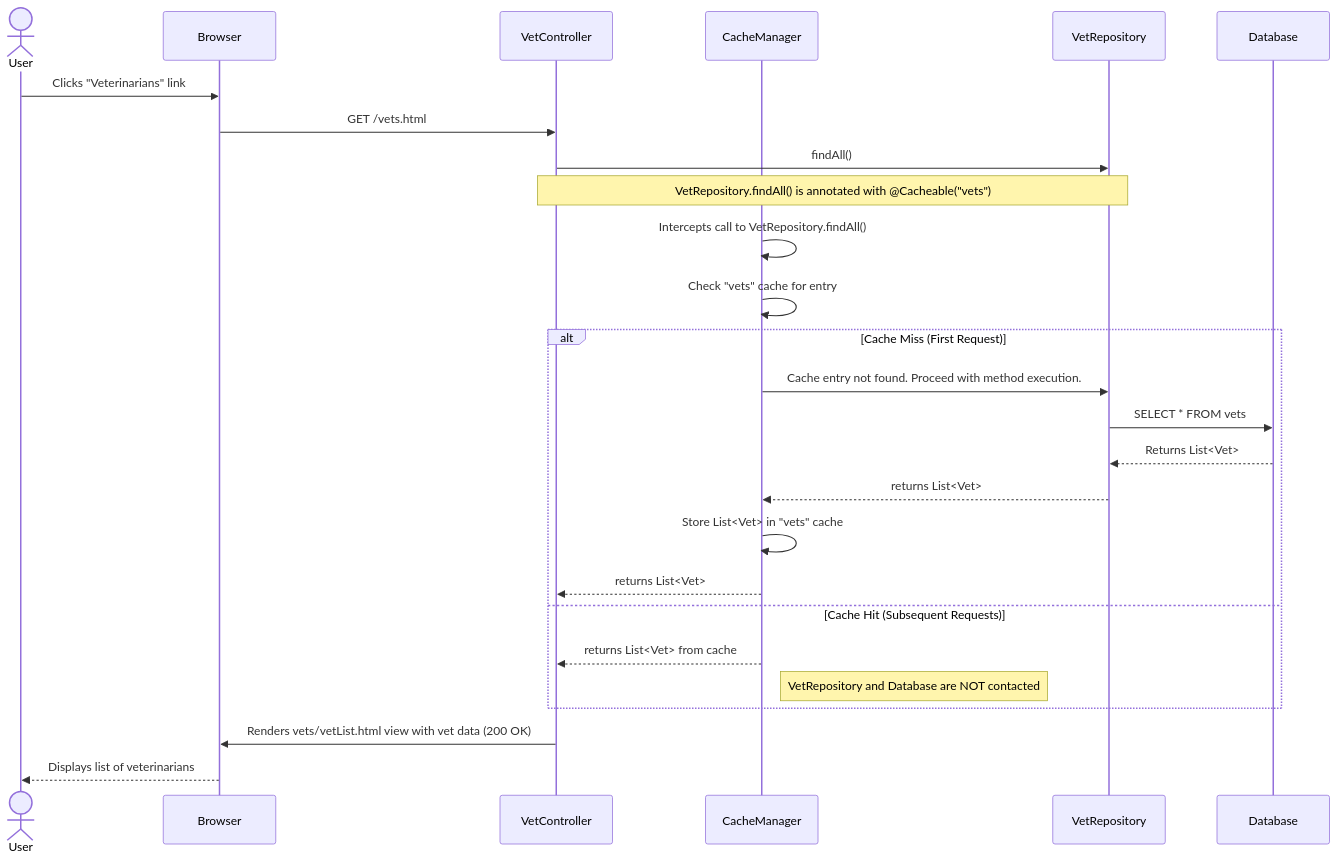
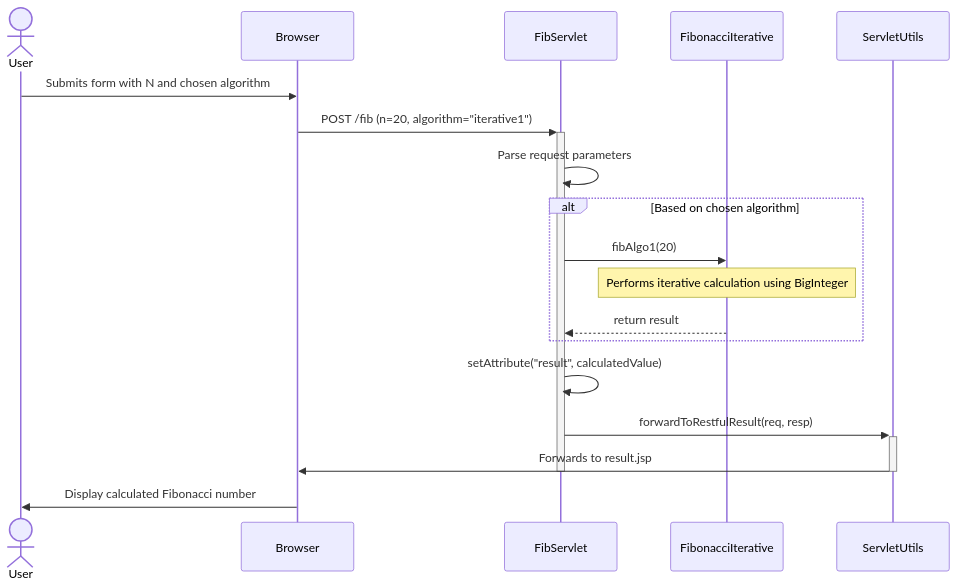
The sixth of 6 diagrams in summaries/gemini-2.5-pro/hierarchical/artifacts/05_dynamic_interactions.md (sambuaneesh/7ep-demo), drawn with Mermaid before and after one commit. The commit also changed other lines of this file and 9 other files, not shown here.

````diff
--- a/summaries/gemini-2.5-pro/hierarchical/artifacts/05_dynamic_interactions.md
+++ b/summaries/gemini-2.5-pro/hierarchical/artifacts/05_dynamic_interactions.md
@@ -220,32 +205,27 @@
 ```mermaid
 sequenceDiagram
     actor User
     participant Browser
-    participant VetController
-    participant CacheManager
-    participant VetRepository
-    participant Database
+    participant FibServlet
+    participant FibonacciIterative
+    participant ServletUtils
 
-    User->>Browser: Clicks "Veterinarians" link
-    Browser->>VetController: GET /vets.html
-    VetController->>VetRepository: findAll()
-    Note over VetController, VetRepository: VetRepository.findAll() is annotated with @Cacheable("vets")
-
-    CacheManager->>CacheManager: Intercepts call to VetRepository.findAll()
-    CacheManager->>CacheManager: Check "vets" cache for entry
+    User ->> Browser: Submits form with N and chosen algorithm
+    Browser ->>+ FibServlet: POST /fib (n=20, algorithm="iterative1")
     
-    alt Cache Miss (First Request)
-        CacheManager->>VetRepository: Cache entry not found. Proceed with method execution.
-        VetRepository->>Database: SELECT * FROM vets
-        Database-->>VetRepository: Returns List<Vet>
-        VetRepository-->>CacheManager: returns List<Vet>
-        CacheManager->>CacheManager: Store List<Vet> in "vets" cache
-        CacheManager-->>VetController: returns List<Vet>
-    else Cache Hit (Subsequent Requests)
-        CacheManager-->>VetController: returns List<Vet> from cache
-        Note right of CacheManager: VetRepository and Database are NOT contacted
+    FibServlet ->> FibServlet: Parse request parameters
+    
+    alt Based on chosen algorithm
+        FibServlet ->> FibonacciIterative: fibAlgo1(20)
+        Note over FibonacciIterative: Performs iterative calculation using BigInteger
+        FibonacciIterative -->> FibServlet: return result
     end
-
-    VetController->>Browser: Renders vets/vetList.html view with vet data (200 OK)
-    Browser-->>User: Displays list of veterinarians
+    
+    FibServlet ->> FibServlet: setAttribute("result", calculatedValue)
+    FibServlet ->>+ ServletUtils: forwardToRestfulResult(req, resp)
+    ServletUtils ->> Browser: Forwards to result.jsp
+    deactivate ServletUtils
+    deactivate FibServlet
+    
+    Browser ->> User: Display calculated Fibonacci number
 ```
````
